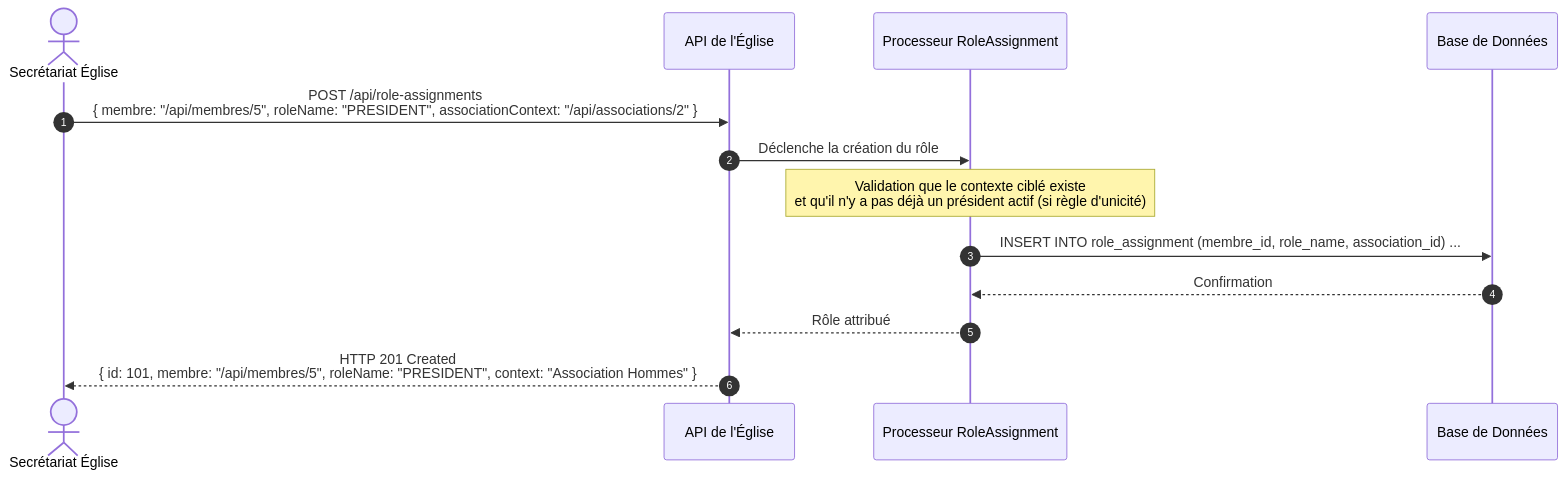
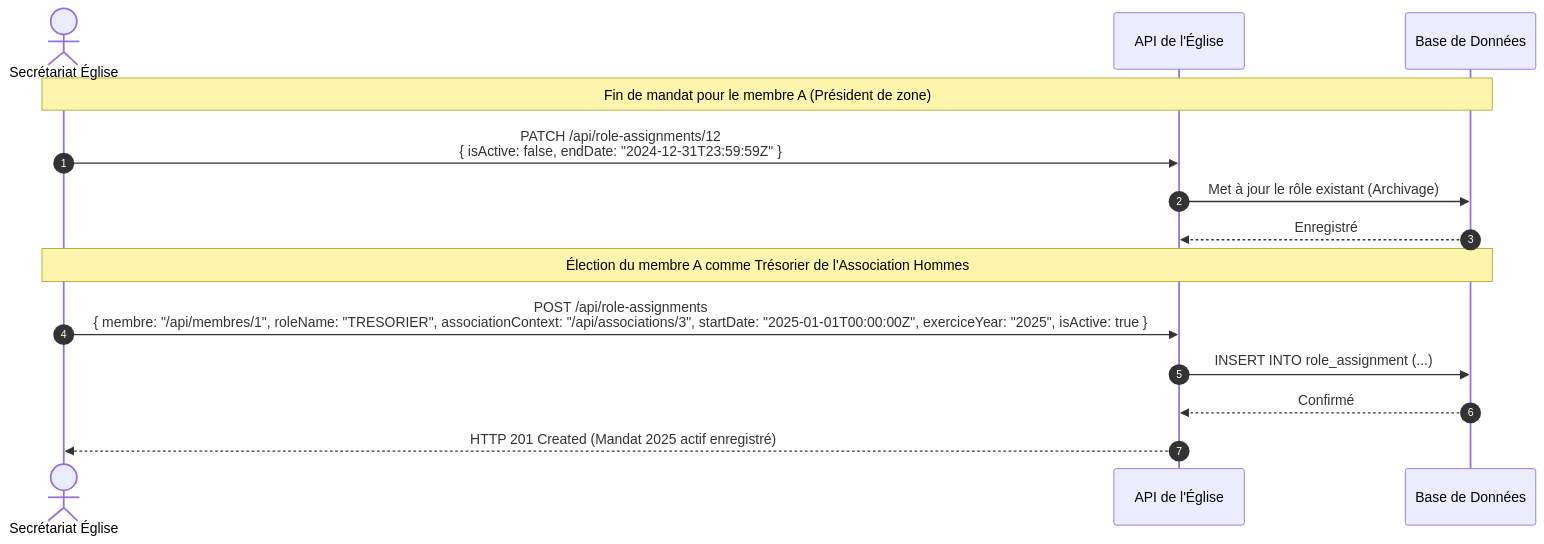
Before and after one commit to tounaf/admin-api: the second of 2 diagrams in ORGANIZATION.md, drawn with Mermaid. The commit also changed other lines of this file and 2 other files, not shown here.

````diff
--- a/ORGANIZATION.md
+++ b/ORGANIZATION.md
@@ -137,16 +130,18 @@
 ```mermaid
 sequenceDiagram
     autonumber
     actor Secret as Secrétariat Église
     participant API as API de l'Église
-    participant PM as Processeur RoleAssignment
     participant DB as Base de Données
 
-    Secret->>API: POST /api/role-assignments <br/> { membre: "/api/membres/5", roleName: "PRESIDENT", associationContext: "/api/associations/2" }
-    API->>PM: Déclenche la création du rôle
-    Note over PM: Validation que le contexte ciblé existe<br/>et qu'il n'y a pas déjà un président actif (si règle d'unicité)
-    PM->>DB: INSERT INTO role_assignment (membre_id, role_name, association_id) ...
-    DB-->>PM: Confirmation
-    PM-->>API: Rôle attribué
-    API-->>Secret: HTTP 201 Created <br/> { id: 101, membre: "/api/membres/5", roleName: "PRESIDENT", context: "Association Hommes" }
+    Note over Secret, DB: Fin de mandat pour le membre A (Président de zone)
+    Secret->>API: PATCH /api/role-assignments/12 <br/> { isActive: false, endDate: "2024-12-31T23:59:59Z" }
+    API->>DB: Met à jour le rôle existant (Archivage)
+    DB-->>API: Enregistré
+
+    Note over Secret, DB: Élection du membre A comme Trésorier de l'Association Hommes
+    Secret->>API: POST /api/role-assignments <br/> { membre: "/api/membres/1", roleName: "TRESORIER", associationContext: "/api/associations/3", startDate: "2025-01-01T00:00:00Z", exerciceYear: "2025", isActive: true }
+    API->>DB: INSERT INTO role_assignment (...)
+    DB-->>API: Confirmé
+    API-->>Secret: HTTP 201 Created (Mandat 2025 actif enregistré)
 ```
````
